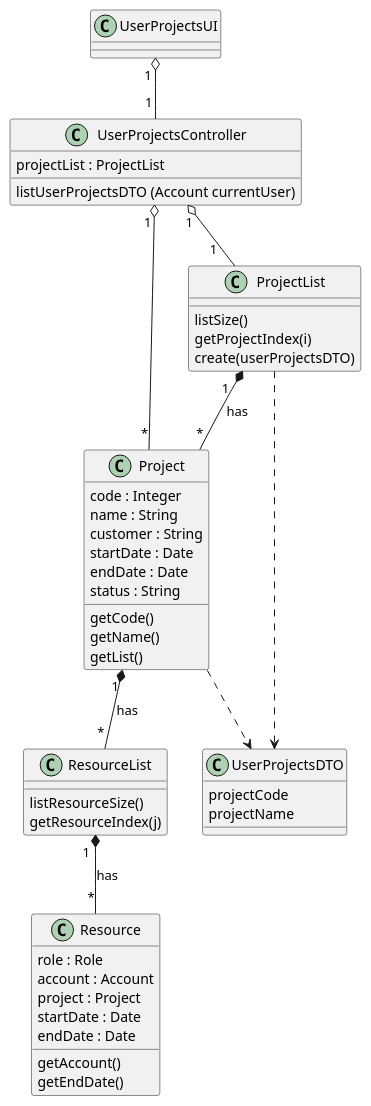
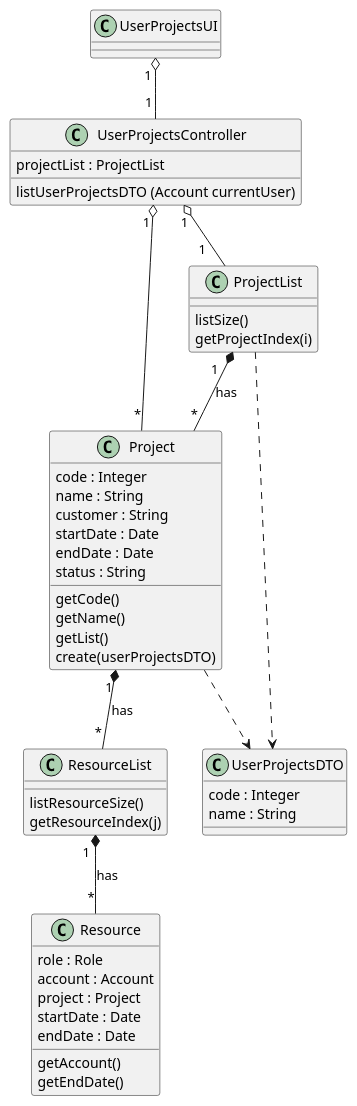
The diagram in docs/modelling_design/user_stories/us016/US016_ListOfUserProjectsCD.puml (ivo-menezes/project_g3), drawn with PlantUML before and after one commit. The commit also changed 2 other files, not shown here.

Commit message:
US016 : Design : Updated US016_ListOfUserProjectsSD, US016_ListOfUserProjectsCD and US016_RequirementsEngineering

```diff
--- a/docs/modelling_design/user_stories/us016/US016_ListOfUserProjectsCD.puml
+++ b/docs/modelling_design/user_stories/us016/US016_ListOfUserProjectsCD.puml
@@ -1,59 +1,59 @@
 @startuml
 
 class UserProjectsUI {
 }
 
 class UserProjectsController {
 projectList : ProjectList
 listUserProjectsDTO (Account currentUser)
 }
 
 class Project {
 code : Integer
 name : String
 customer : String
 startDate : Date
 endDate : Date
 status : String
 getCode()
 getName()
 getList()
+create(userProjectsDTO)
 }
 
 class ProjectList {
 listSize()
 getProjectIndex(i)
-create(userProjectsDTO)
 }
 
 class UserProjectsDTO{
-projectCode
-projectName
+code : Integer
+name : String
 }
 
 class ResourceList {
 listResourceSize()
 getResourceIndex(j)
 }
 
 class Resource {
 role : Role
 account : Account
 project : Project
 startDate : Date
 endDate : Date
 getAccount()
 getEndDate()
 }
 
 ProjectList "                                          1" *-- "*" Project : has
 UserProjectsUI "       1" o-- "           1" UserProjectsController
 UserProjectsController "1" o-- "                                                 1" ProjectList
 ProjectList ..> UserProjectsDTO
 Project ..> UserProjectsDTO
 UserProjectsController "           1" o-- "               *" Project
 Project "                     1" *-- "     *" ResourceList : has
 ResourceList "                     1" *-- "     *" Resource : has
 
 
 @enduml
```
